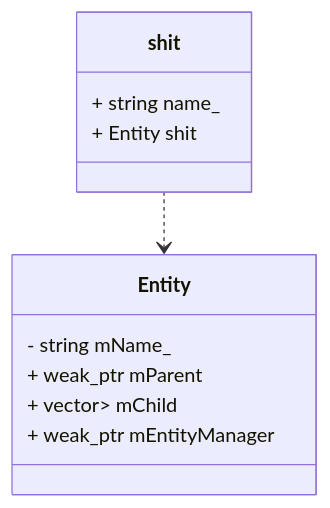
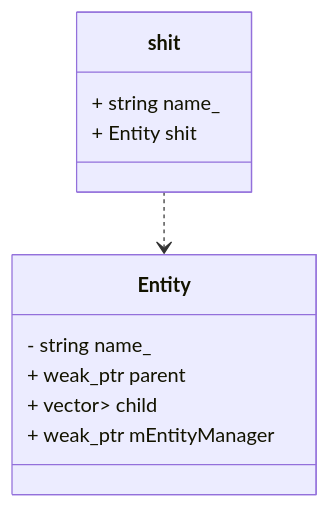
The diagram in doc/note.md (hundan2015/LunaticRenderer2), drawn with Mermaid before and after one commit. The commit also changed 24 other files, not shown here.

````diff
--- a/doc/note.md
+++ b/doc/note.md
@@ -6,15 +6,15 @@
 ```mermaid
 classDiagram
     shit ..> Entity
     class Entity {
-        - string mName_
-        + weak_ptr<Entity> mParent
-        + vector<shared_ptr<Entity>> mChild
+        - string name_
+        + weak_ptr<Entity> parent
+        + vector<shared_ptr<Entity>> child
         + weak_ptr<EntityManager> mEntityManager
     }
 
     class shit {
         + string name_
         + Entity shit
     }
 ```
````
